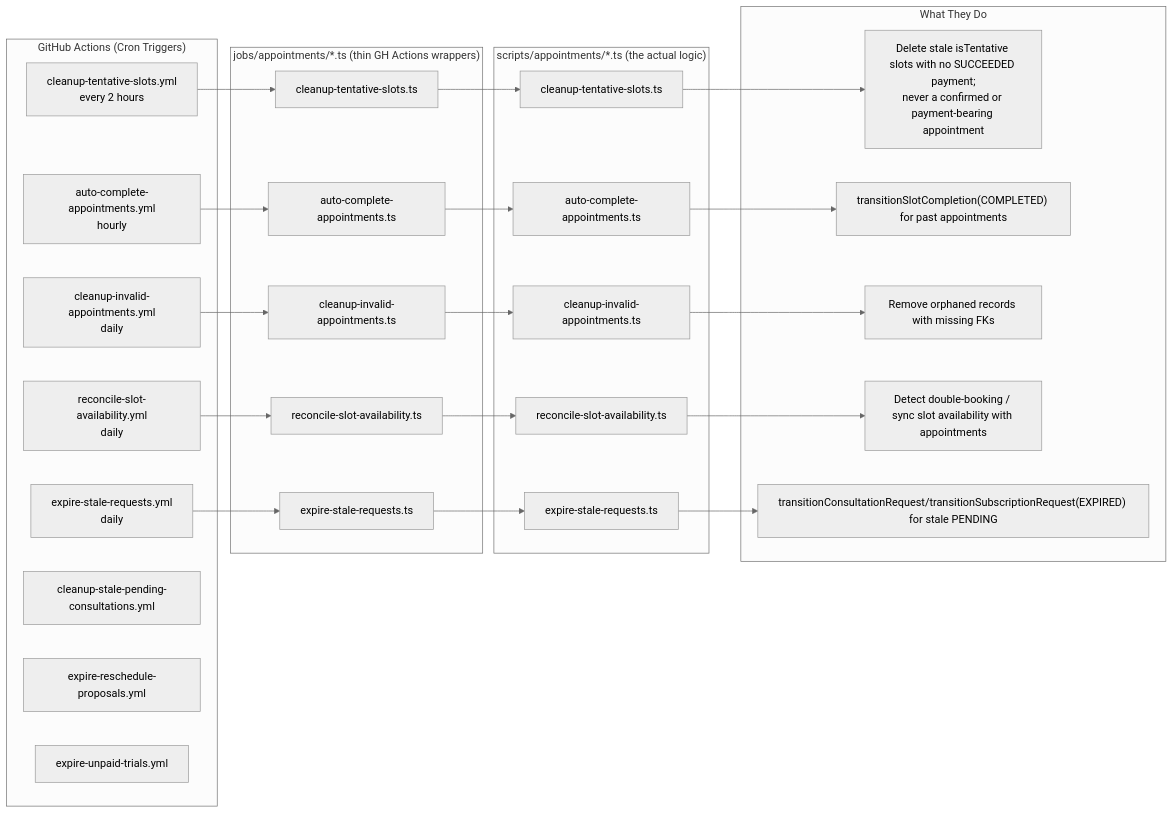
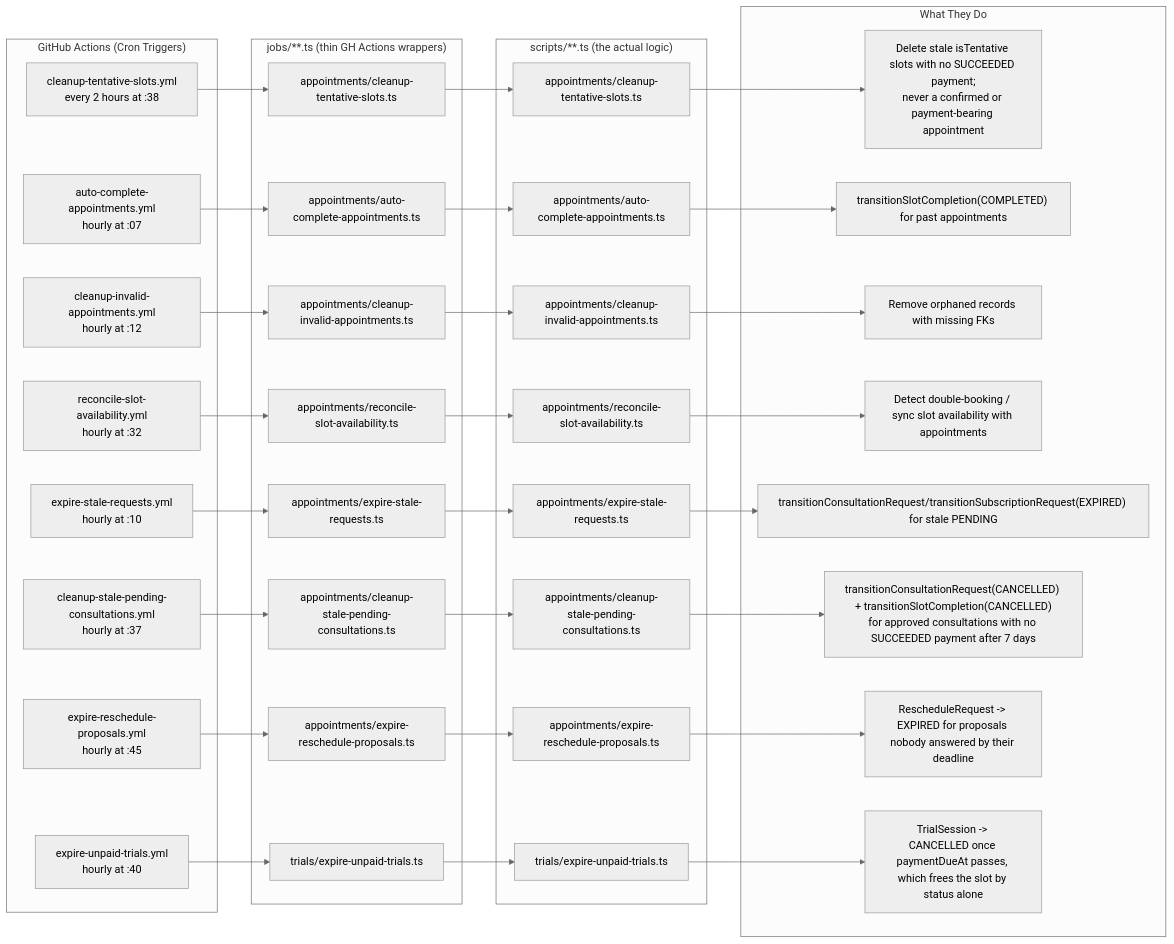
One commit to Practitionist/familiarise_web changed the fifth of 6 diagrams in docs/booking/06-dependency-graphs.md. Above: the diagram before and after it, drawn with Mermaid (neutral theme). The commit also changed other lines of this file and 8 other files, not shown here.

First line of the commit message:
docs(booking): triage round 1 — correct the diagrams, the rate-card tiers and one live 403

````diff
--- a/docs/booking/06-dependency-graphs.md
+++ b/docs/booking/06-dependency-graphs.md
@@ -221,43 +231,55 @@
 ```mermaid
 flowchart LR
   subgraph triggers ["GitHub Actions (Cron Triggers)"]
-    GH1["cleanup-tentative-slots.yml\nevery 2 hours"]
-    GH2["auto-complete-appointments.yml\nhourly"]
-    GH3["cleanup-invalid-appointments.yml\ndaily"]
-    GH4["reconcile-slot-availability.yml\ndaily"]
-    GH5["expire-stale-requests.yml\ndaily"]
-    GH6["cleanup-stale-pending-consultations.yml"]
-    GH7["expire-reschedule-proposals.yml"]
-    GH8["expire-unpaid-trials.yml"]
+    GH1["cleanup-tentative-slots.yml\nevery 2 hours at :38"]
+    GH2["auto-complete-appointments.yml\nhourly at :07"]
+    GH3["cleanup-invalid-appointments.yml\nhourly at :12"]
+    GH4["reconcile-slot-availability.yml\nhourly at :32"]
+    GH5["expire-stale-requests.yml\nhourly at :10"]
+    GH6["cleanup-stale-pending-consultations.yml\nhourly at :37"]
+    GH7["expire-reschedule-proposals.yml\nhourly at :45"]
+    GH8["expire-unpaid-trials.yml\nhourly at :40"]
   end
 
-  subgraph jobs ["jobs/appointments/*.ts (thin GH Actions wrappers)"]
-    J1["cleanup-tentative-slots.ts"]
-    J2["auto-complete-appointments.ts"]
-    J3["cleanup-invalid-appointments.ts"]
-    J4["reconcile-slot-availability.ts"]
-    J5["expire-stale-requests.ts"]
+  subgraph jobs ["jobs/**.ts (thin GH Actions wrappers)"]
+    J1["appointments/cleanup-tentative-slots.ts"]
+    J2["appointments/auto-complete-appointments.ts"]
+    J3["appointments/cleanup-invalid-appointments.ts"]
+    J4["appointments/reconcile-slot-availability.ts"]
+    J5["appointments/expire-stale-requests.ts"]
+    J6["appointments/cleanup-stale-pending-consultations.ts"]
+    J7["appointments/expire-reschedule-proposals.ts"]
+    J8["trials/expire-unpaid-trials.ts"]
   end
 
-  subgraph scripts ["scripts/appointments/*.ts (the actual logic)"]
-    S1["cleanup-tentative-slots.ts"]
-    S2["auto-complete-appointments.ts"]
-    S3["cleanup-invalid-appointments.ts"]
-    S4["reconcile-slot-availability.ts"]
-    S5["expire-stale-requests.ts"]
+  subgraph scripts ["scripts/**.ts (the actual logic)"]
+    S1["appointments/cleanup-tentative-slots.ts"]
+    S2["appointments/auto-complete-appointments.ts"]
+    S3["appointments/cleanup-invalid-appointments.ts"]
+    S4["appointments/reconcile-slot-availability.ts"]
+    S5["appointments/expire-stale-requests.ts"]
+    S6["appointments/cleanup-stale-pending-consultations.ts"]
+    S7["appointments/expire-reschedule-proposals.ts"]
+    S8["trials/expire-unpaid-trials.ts"]
   end
 
   subgraph cleanup_actions ["What They Do"]
     A1["Delete stale isTentative slots with no SUCCEEDED payment;\nnever a confirmed or payment-bearing appointment"]
     A2["transitionSlotCompletion(COMPLETED) for past appointments"]
     A3["Remove orphaned records with missing FKs"]
     A4["Detect double-booking / sync slot availability with appointments"]
     A5["transitionConsultationRequest/transitionSubscriptionRequest(EXPIRED) for stale PENDING"]
+    A6["transitionConsultationRequest(CANCELLED) + transitionSlotCompletion(CANCELLED)\nfor approved consultations with no SUCCEEDED payment after 7 days"]
+    A7["RescheduleRequest -> EXPIRED for proposals nobody answered by their deadline"]
+    A8["TrialSession -> CANCELLED once paymentDueAt passes, which frees the slot by status alone"]
   end
 
   GH1 --> J1 --> S1 --> A1
   GH2 --> J2 --> S2 --> A2
   GH3 --> J3 --> S3 --> A3
   GH4 --> J4 --> S4 --> A4
   GH5 --> J5 --> S5 --> A5
+  GH6 --> J6 --> S6 --> A6
+  GH7 --> J7 --> S7 --> A7
+  GH8 --> J8 --> S8 --> A8
 ```
````
